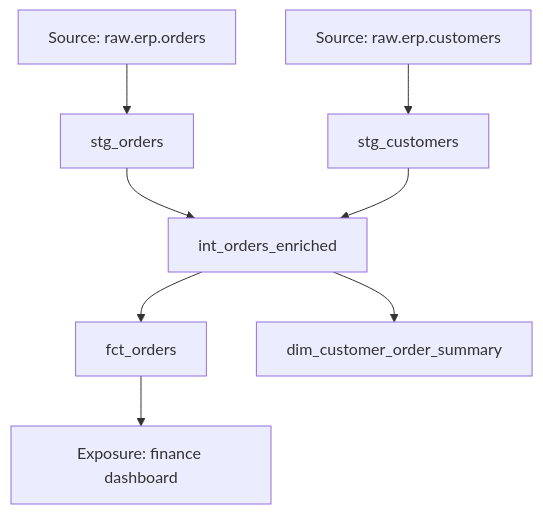
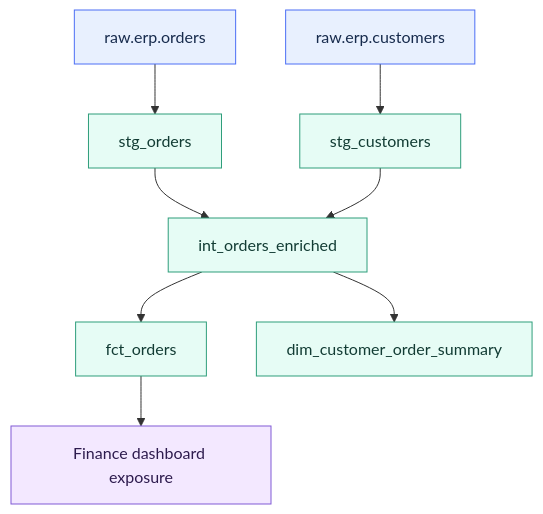
Before and after one commit to shonningsoy/Upskill: the diagram in 02 dbt/01 Core Concepts and Project Structure/05 Models ref source and the DAG.md, drawn with Mermaid. The commit also changed other lines of this file and 10 other files, not shown here.

````diff
--- a/02 dbt/01 Core Concepts and Project Structure/05 Models ref source and the DAG.md
+++ b/02 dbt/01 Core Concepts and Project Structure/05 Models ref source and the DAG.md
@@ -74,13 +75,19 @@
 ```mermaid
 flowchart TD
-    RAW_ORDERS[Source: raw.erp.orders] --> STG_ORDERS[stg_orders]
-    RAW_CUSTOMERS[Source: raw.erp.customers] --> STG_CUSTOMERS[stg_customers]
+    RAW_ORDERS[raw.erp.orders] --> STG_ORDERS[stg_orders]
+    RAW_CUSTOMERS[raw.erp.customers] --> STG_CUSTOMERS[stg_customers]
 
     STG_ORDERS --> INT_ORDERS[int_orders_enriched]
     STG_CUSTOMERS --> INT_ORDERS
-
     INT_ORDERS --> FCT_ORDERS[fct_orders]
     INT_ORDERS --> DIM_CUSTOMERS[dim_customer_order_summary]
+    FCT_ORDERS --> DASHBOARD[Finance dashboard exposure]
 
-    FCT_ORDERS --> DASHBOARD[Exposure: finance dashboard]
+    classDef input fill:#E8F0FE,stroke:#4C6EF5,color:#172B4D
+    classDef dbt fill:#E6FCF5,stroke:#2F9E7B,color:#123C34
+    classDef output fill:#F3E8FF,stroke:#805AD5,color:#2D1B4E
+
+    class RAW_ORDERS,RAW_CUSTOMERS input
+    class STG_ORDERS,STG_CUSTOMERS,INT_ORDERS,FCT_ORDERS,DIM_CUSTOMERS dbt
+    class DASHBOARD output
 ```
````
